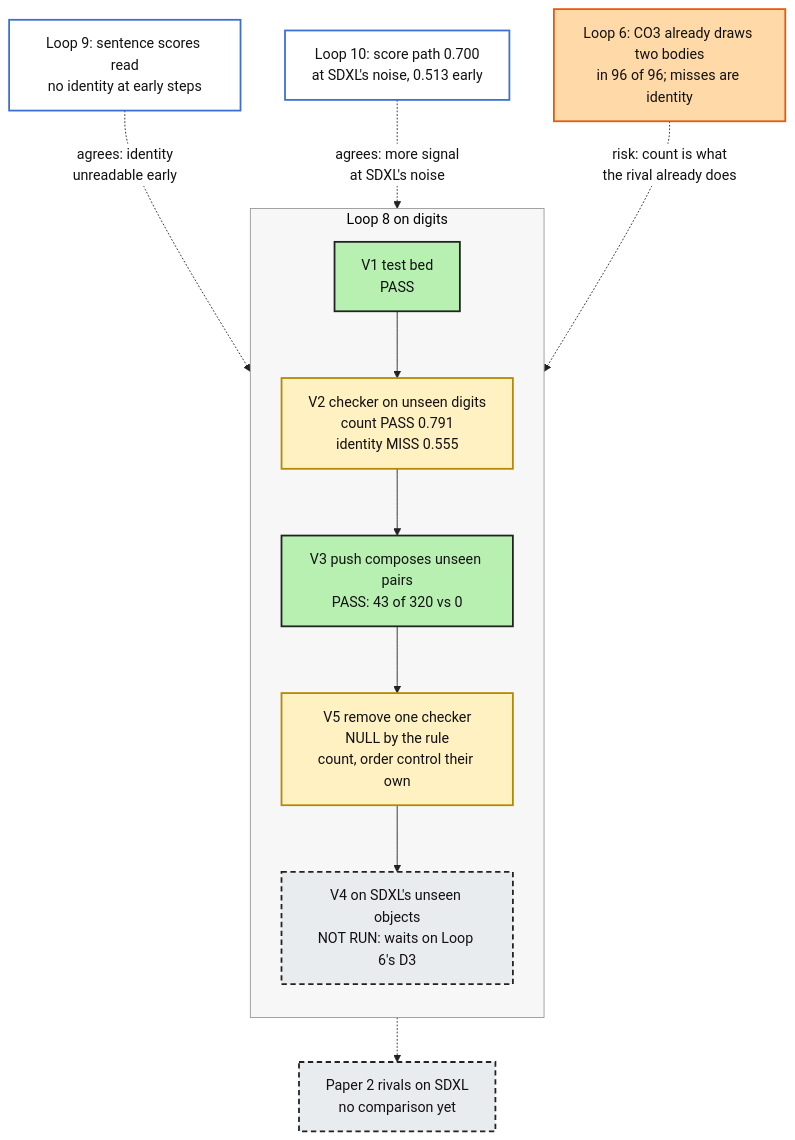
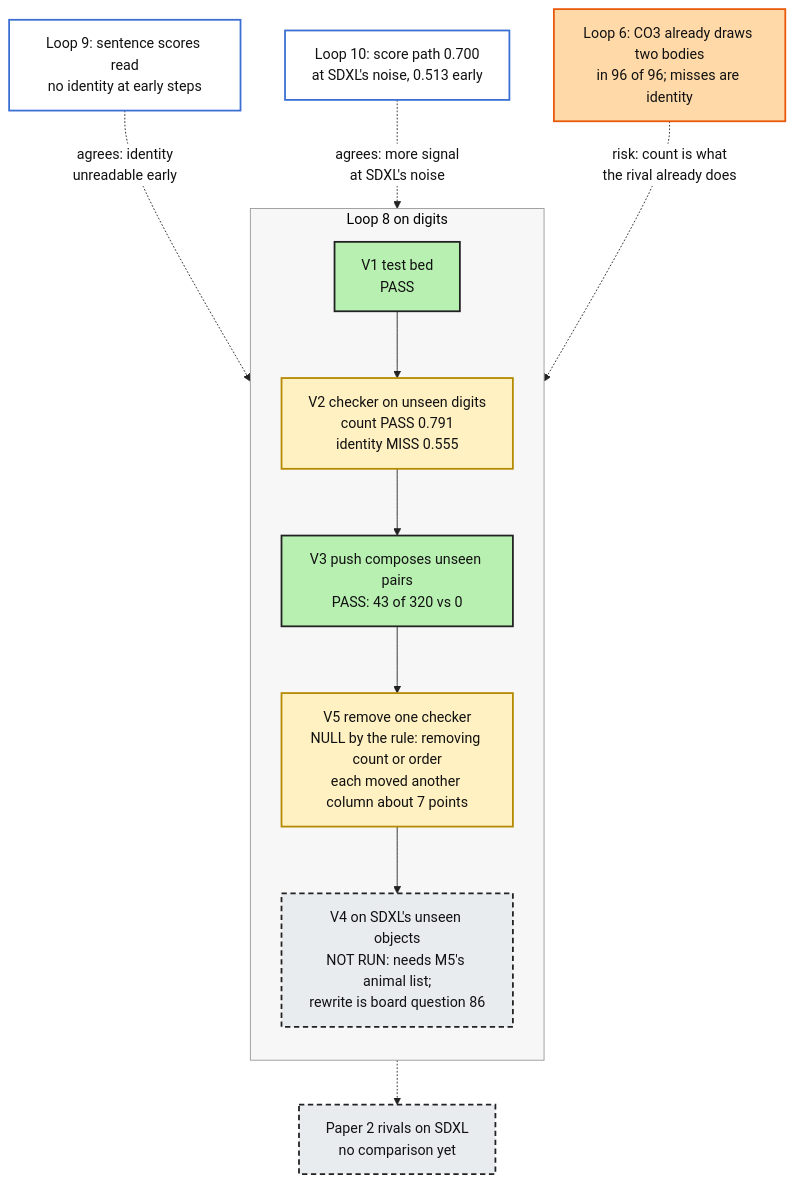
Before and after one commit to mo-rsa24/concept-composition: the diagram in artifacts/notes/progress/abstract-checkers/09-summary/where-loop-8-stands.mmd, drawn with Mermaid. The commit also changed 8 other files, not shown here.

Commit message:
Loop 8 after the reviewer: V7 registers unchained columns as its primary reading; 0.861 is V6's fair number; toy-to-SDXL step labels marked inferred; V4 needs M5, not D3

```diff
--- a/artifacts/notes/progress/abstract-checkers/09-summary/where-loop-8-stands.mmd
+++ b/artifacts/notes/progress/abstract-checkers/09-summary/where-loop-8-stands.mmd
@@ -1,23 +1,23 @@
 %%{init: {'theme': 'base', 'themeVariables': {'fontFamily': 'monospace', 'primaryColor': '#ffffff', 'primaryBorderColor': '#222222', 'primaryTextColor': '#111111', 'lineColor': '#222222'}}}%%
 flowchart TB
   subgraph L8["Loop 8 on digits"]
     direction TB
     V1["V1 test bed<br/>PASS"]:::good --> V2["V2 checker on unseen digits<br/>count PASS 0.791<br/>identity MISS 0.555"]:::mixed
     V2 --> V3["V3 push composes unseen pairs<br/>PASS: 43 of 320 vs 0"]:::good
-    V3 --> V5["V5 remove one checker<br/>NULL by the rule<br/>count, order control their own"]:::mixed
-    V5 --> V4["V4 on SDXL's unseen objects<br/>NOT RUN: waits on Loop 6's D3"]:::todo
+    V3 --> V5["V5 remove one checker<br/>NULL by the rule: removing count or order<br/>each moved another column about 7 points"]:::mixed
+    V5 --> V4["V4 on SDXL's unseen objects<br/>NOT RUN: needs M5's animal list;<br/>rewrite is board question 86"]:::todo
   end
   L9["Loop 9: sentence scores read<br/>no identity at early steps"]:::other
   L10["Loop 10: score path 0.700<br/>at SDXL's noise, 0.513 early"]:::other
   L6["Loop 6: CO3 already draws two bodies<br/>in 96 of 96; misses are identity"]:::risk
   R["Paper 2 rivals on SDXL<br/>no comparison yet"]:::todo
   L9 -. "agrees: identity<br/>unreadable early" .-> V2
   L10 -. "agrees: more signal<br/>at SDXL's noise" .-> V2
   L6 -. "risk: count is what<br/>the rival already does" .-> V4
   V4 -.-> R
   classDef good fill:#b7f0b1,stroke:#222222,stroke-width:2px,color:#111111
   classDef mixed fill:#fff1c2,stroke:#b58900,stroke-width:2px,color:#111111
   classDef todo fill:#e9ecef,stroke:#222222,stroke-width:2px,stroke-dasharray:6 4,color:#111111
   classDef other fill:#ffffff,stroke:#3b6fd4,stroke-width:2px,color:#111111
   classDef risk fill:#ffd9a8,stroke:#e8590c,stroke-width:2px,color:#111111
   style L8 fill:#f7f7f7,stroke:#999999,stroke-width:1px
```
